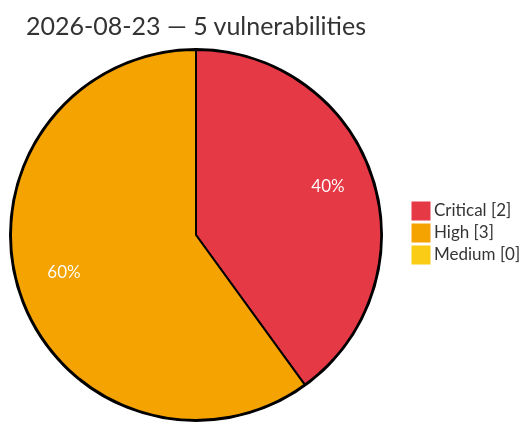
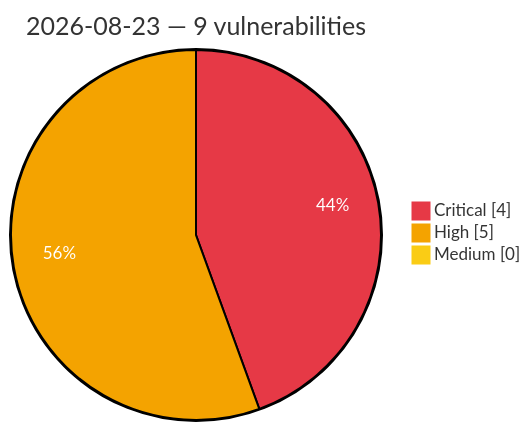
The diagram in vulnerabilities/2026/August/2026-08-23.md (GhostX0X/vuln-tracker), drawn with Mermaid before and after one commit. The commit also changed other lines of this file and 5 other files, not shown here.

Commit message:
Auto update: critical/high vulns (2026-08-23 14:20 UTC)

````diff
--- a/vulnerabilities/2026/August/2026-08-23.md
+++ b/vulnerabilities/2026/August/2026-08-23.md
@@ -3,8 +3,8 @@
 ```mermaid
 %%{init: {'theme':'base', 'themeVariables': {'pie1':'#e63946', 'pie2':'#f4a300', 'pie3':'#facc15', 'pieOpacity':'1', 'pieOuterStrokeWidth':'2px', 'pieSectionTextColor':'#ffffff'}}}%%
 pie showData
-    title 2026-08-23 — 5 vulnerabilities
-    "Critical" : 2
-    "High" : 3
+    title 2026-08-23 — 9 vulnerabilities
+    "Critical" : 4
+    "High" : 5
     "Medium" : 0
 ```
````
